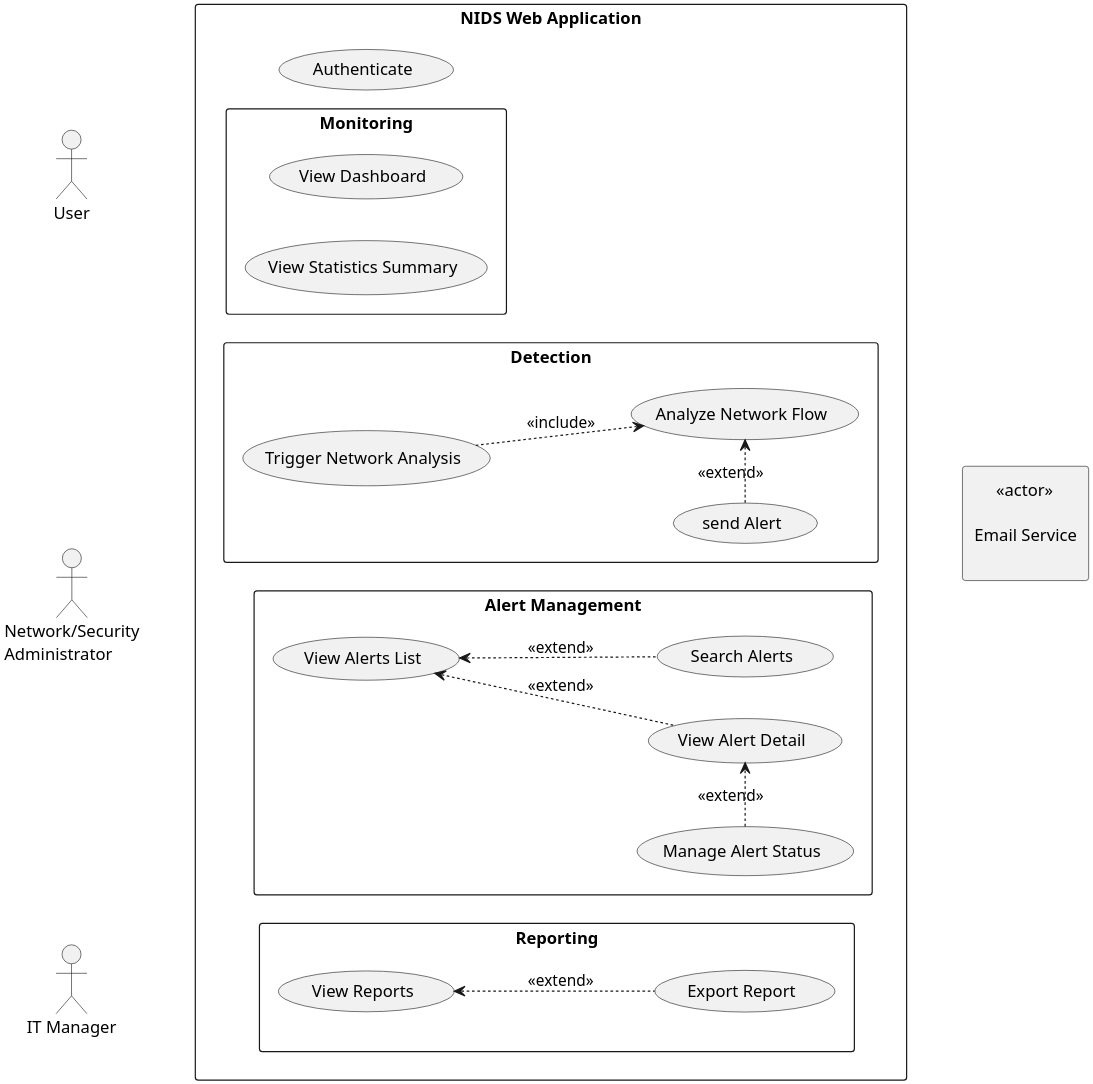
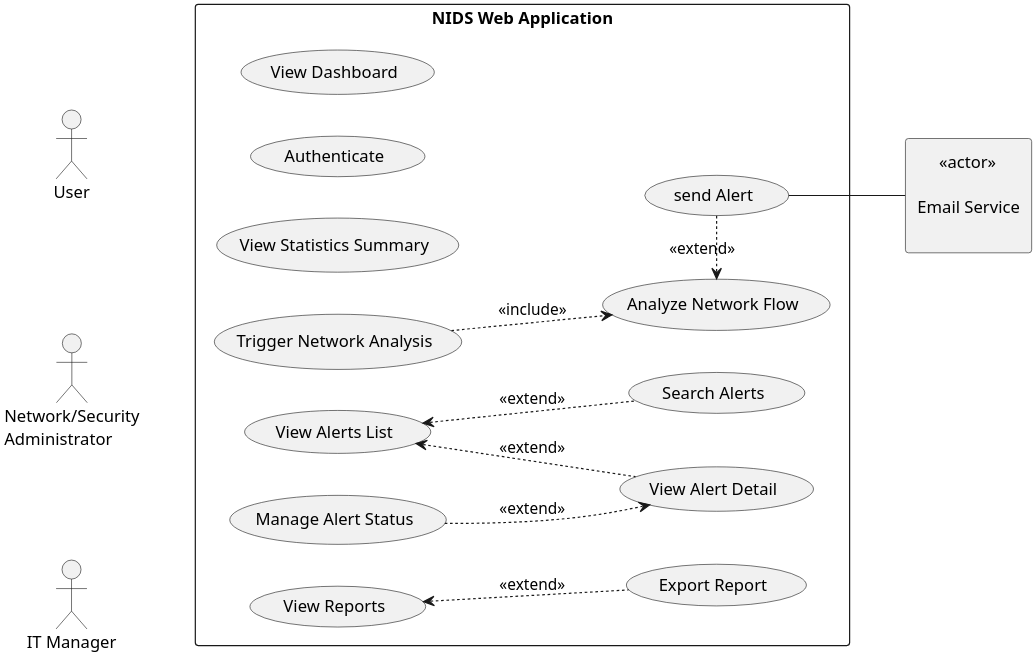
The diagram in diagrams/code/use-case.puml (Amira-BOUAFIF/pfe-nids-report), drawn with PlantUML before and after one commit. The commit also changed 9 other files, not shown here.

Commit message:
diagrams update

```diff
--- a/diagrams/code/use-case.puml
+++ b/diagrams/code/use-case.puml
@@ -1,68 +1,89 @@
 @startuml Use-Case
 skinparam dpi 300
 left to right direction
 skinparam packageStyle rectangle
 
 
 ' ─── Left Actors ──────────────────────────────────────
 actor "User" as User
 actor "Network/Security\nAdministrator" as Admin
 actor "IT Manager"                       as ITMgr
 
 
 ' ─── System Boundary ──────────────────────────────────
 rectangle "NIDS Web Application" {
 
-    package "Detection" {
-        usecase "Trigger Network Analysis" as UC02
-        usecase "Analyze Network Flow" as UC10
-        usecase "send Alert"       as UC11
-    }
-    usecase "Authenticate" as UC01
+    usecase "Trigger Network Analysis" as UC_NET
+    usecase "Analyze Network Flow" as UC_NET_FLOW
+    usecase "send Alert" as UC_ALERT
 
-    package "Monitoring" {
-        usecase "View Dashboard"          as UC03
-        usecase "View Statistics Summary" as UC07
-    }
+    usecase "Authenticate" as UC_AUTH
 
-    package "Alert Management" {
-        usecase "View Alerts List"  as UC04
-        usecase "View Alert Detail" as UC05
-        usecase "Search Alerts" as UC06
-        usecase  "Manage Alert Status" as UC12 
-    }
 
-    package "Reporting" {
-        usecase "View Reports"  as UC08
-        usecase "Export Report" as UC09
-    }
+    usecase "View Dashboard"          as UC_VIEW_DASH
+    usecase "View Statistics Summary" as UC_VIEW_STATS
+
+
+    usecase "View Alerts List"  as UC_ALERT_LIST
+    usecase "View Alert Detail" as UC_ALERT_DETAIL
+    usecase "Search Alerts" as UC_ALERT_SEARCH
+    usecase  "Manage Alert Status" as UC_ALERT_STATUS
+
+    usecase "View Reports"  as UC_VIEW_REPORTS
+    usecase "Export Report" as UC_EXPORT_REPORT
+
 }
 
 ' ─── Right Actor ──────────────────────────────────────
 rectangle "     <<actor>>\n\nEmail Service\n" as DE
 
+UC_AUTH       -[hidden]left- UC_VIEW_DASH
+UC_VIEW_DASH  -[hidden]left- UC_VIEW_STATS
+UC_VIEW_STATS -[hidden]left- UC_NET
+
+
+UC_ALERT_LIST -[hidden]left- UC_VIEW_REPORTS
+
 ' ─── Admin + IT Manager associations ───────────────────────────────
-User -[hidden]- UC01
-User -[hidden]- UC03
-User -[hidden]- UC07
+User -[hidden]- UC_AUTH
+User -[hidden]- UC_VIEW_DASH
+User -[hidden]- UC_VIEW_STATS
 
 ' ─── Admin associations ───────────────────────────────
+Admin -[hidden]- UC_NET
+Admin -[hidden]- UC_ALERT_LIST
 
-Admin -[hidden]- UC02
-Admin -[hidden]- UC04
+
 
 ' ─── IT Manager associations ──────────────────────────
-ITMgr -[hidden]- UC08
+ITMgr -[hidden]- UC_VIEW_REPORTS
+
+
+
 
 ' ─── Email Service associations ───────────────────
-UC11 -[hidden]- DE
+'UC_EXPORT_REPORT -[hidden]- DE
+
+
+UC_NET .down.> UC_NET_FLOW : <<include>>
+UC_ALERT .left.> UC_NET_FLOW : <<extend>>
+
+UC_ALERT -down- DE 
+
+UC_ALERT_SEARCH .up.> UC_ALERT_LIST : <<extend>>
+UC_ALERT_DETAIL .up.> UC_ALERT_LIST : <<extend>>
+
+UC_NET -[hidden]down- UC_ALERT
+UC_ALERT_STATUS .down.> UC_ALERT_DETAIL : <<extend>>
+
+UC_EXPORT_REPORT .up.> UC_VIEW_REPORTS : <<extend>>
 
 ' ─── Relationships ────────────────────────────────────
-UC11 .right.> UC10 : <<extend>>
-UC02 .down.> UC10 : <<include>>
-UC05 .up.> UC04 : <<extend>>
-UC09 .up.> UC08 : <<extend>>
-UC06 .up.> UC04 : <<extend>>
-UC12 .right.> UC05 : <<extend>>
+'UC_EXPORT_REPORT .right.> UC_VIEW_DASH : <<extend>>
+'UC_AUTH .down.> UC_VIEW_DASH : <<include>>
 
+'UC_EXPORT_REPORT .up.> UC_VIEW_DASH : <<extend>>
+'UC_EXPORT_REPORT .right.> UC_VIEW_DASH : <<extend>>
+
+'UC_ALERT_STATUS .up.> UC_ALERT_LIST : <<extend>>
 @enduml
```
